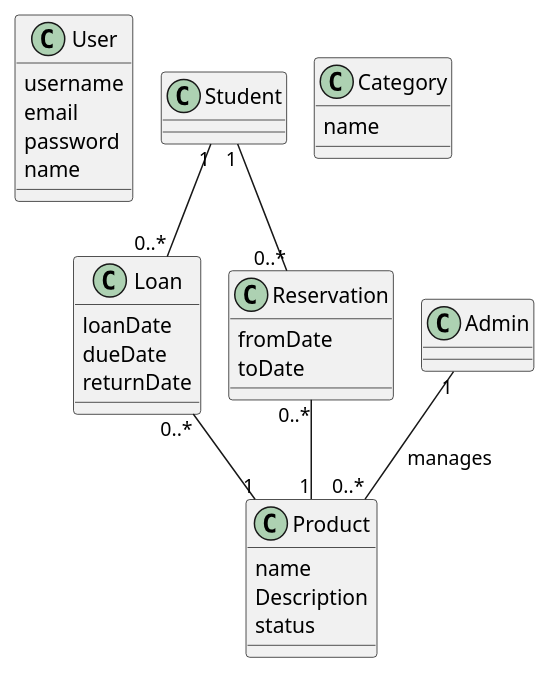
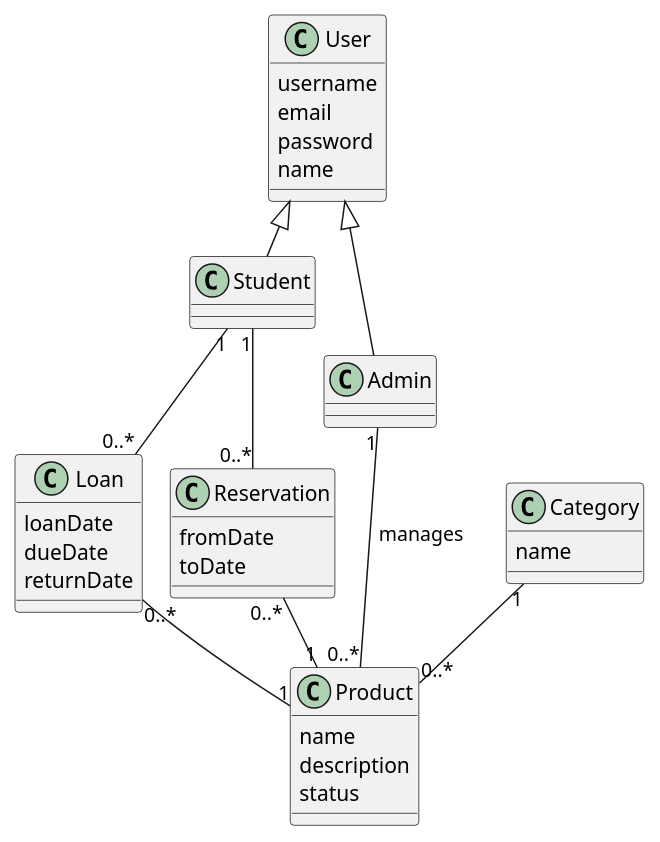
The diagram in docs/DomæneModel2.puml (daud0095/Pet-Project), drawn with PlantUML before and after one commit.

Commit message:
Domænemodel2

```diff
--- a/docs/DomæneModel2.puml
+++ b/docs/DomæneModel2.puml
@@ -1,44 +1,47 @@
 @startuml
 !pragma layout smetana
 class User{
   username
   email
   password
   name
 }
 
 class Student{
 }
 
 class Admin{
 }
 
 class Loan{
   loanDate
   dueDate
   returnDate
 }
 
 class Reservation{
   fromDate
   toDate
 }
 
 class Category{
   name
 }
 
 class Product{
   name
-  Description
+  description
   status
 }
+
+User <|-- Student
+User <|-- Admin
 
 Student "1" -- "0..*" Loan
 Loan "0..*" -- "1" Product
 Student "1" -- "0..*" Reservation
 Reservation "0..*" -- "1" Product
+Category "1" -- "0..*" Product
 
 Admin "1" -- "0..*" Product : manages
-
 @enduml
```
